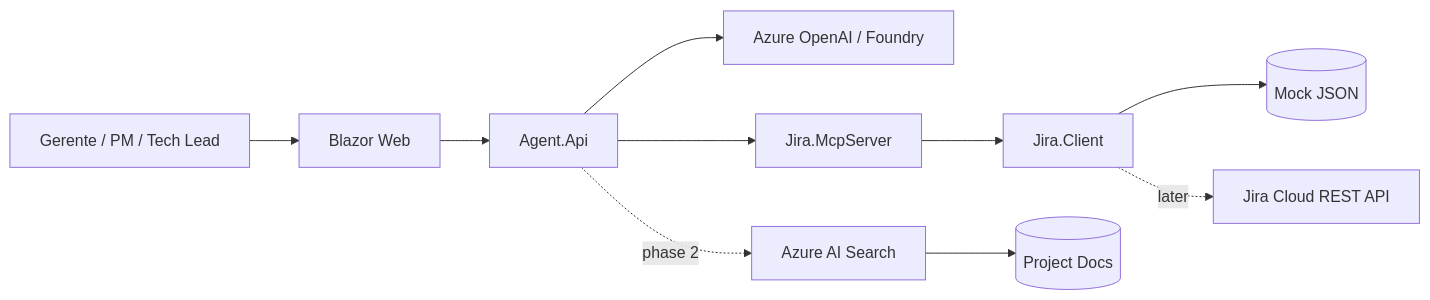
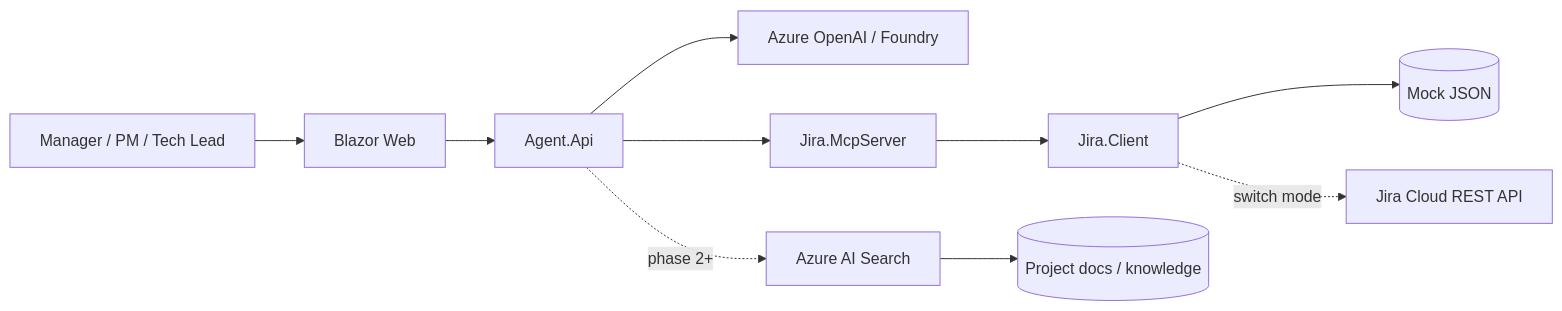
The diagram in README.md (davidop/agent-jira-mcp-accelerator), drawn with Mermaid before and after one commit. The commit also changed other lines of this file and 1 other file, not shown here.

Commit message:
test: complete phase 1 uat

````diff
--- a/README.md
+++ b/README.md
@@ -32,12 +105,12 @@
 ```mermaid
 flowchart LR
-    User[Gerente / PM / Tech Lead] --> Web[Blazor Web]
+    User[Manager / PM / Tech Lead] --> Web[Blazor Web]
     Web --> Api[Agent.Api]
     Api --> LLM[Azure OpenAI / Foundry]
     Api --> Mcp[Jira.McpServer]
     Mcp --> JiraClient[Jira.Client]
     JiraClient --> Mock[(Mock JSON)]
-    JiraClient -. later .-> Jira[Jira Cloud REST API]
-    Api -. phase 2 .-> Search[Azure AI Search]
-    Search --> Docs[(Project Docs)]
+    JiraClient -. switch mode .-> Jira[Jira Cloud REST API]
+    Api -. phase 2+ .-> Search[Azure AI Search]
+    Search --> Docs[(Project docs / knowledge)]
 ```
````
